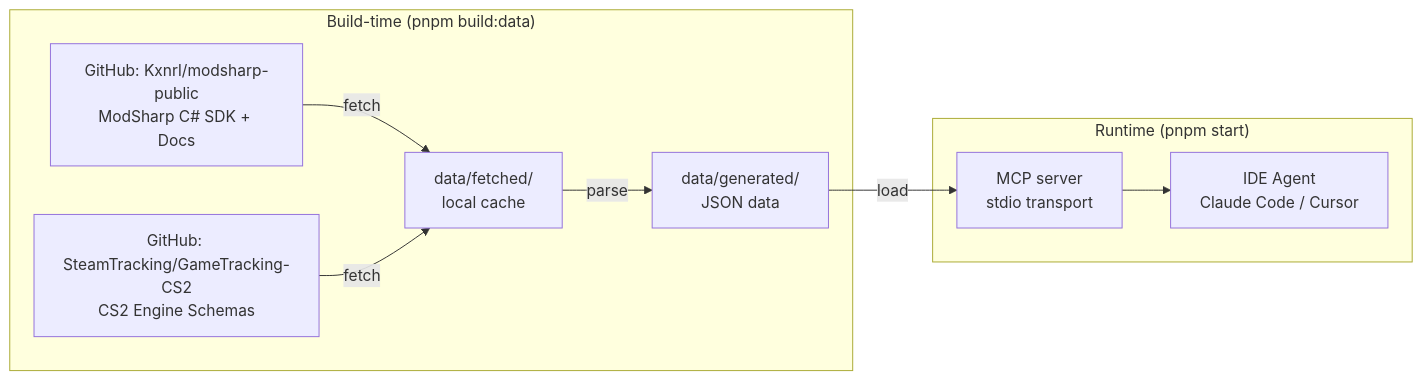
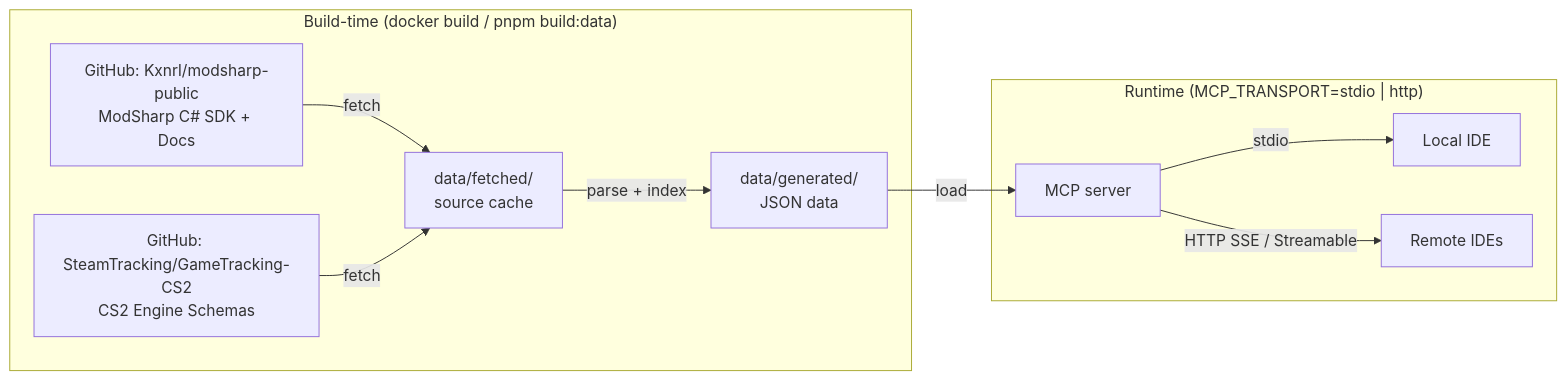
One commit to hnrobert/modsharp-public-mcp changed the diagram in README.md. Above: the diagram before and after it, drawn with Mermaid. The commit also changed other lines of this file and 4 other files, not shown here.

Commit message:
feat: update Docker image build process and enhance server transport options

````diff
--- a/README.md
+++ b/README.md
@@ -108,12 +158,13 @@
 ```mermaid
 graph LR
-  subgraph build["Build-time (pnpm build:data)"]
-    A[GitHub: Kxnrl/modsharp-public<br/>ModSharp C# SDK + Docs] -->|fetch| B[data/fetched/<br/>local cache]
+  subgraph build["Build-time (docker build / pnpm build:data)"]
+    A[GitHub: Kxnrl/modsharp-public<br/>ModSharp C# SDK + Docs] -->|fetch| B[data/fetched/<br/>source cache]
     F[GitHub: SteamTracking/GameTracking-CS2<br/>CS2 Engine Schemas] -->|fetch| B
-    B -->|parse| C[data/generated/<br/>JSON data]
+    B -->|parse + index| C[data/generated/<br/>JSON data]
   end
-  subgraph runtime["Runtime (pnpm start)"]
-    C -->|load| D[MCP server<br/>stdio transport]
-    D --> E[IDE Agent<br/>Claude Code / Cursor]
+  subgraph runtime["Runtime (MCP_TRANSPORT=stdio | http)"]
+    C -->|load| D[MCP server]
+    D -->|stdio| E[Local IDE]
+    D -->|HTTP SSE / Streamable| G[Remote IDEs]
   end
 ```
````
